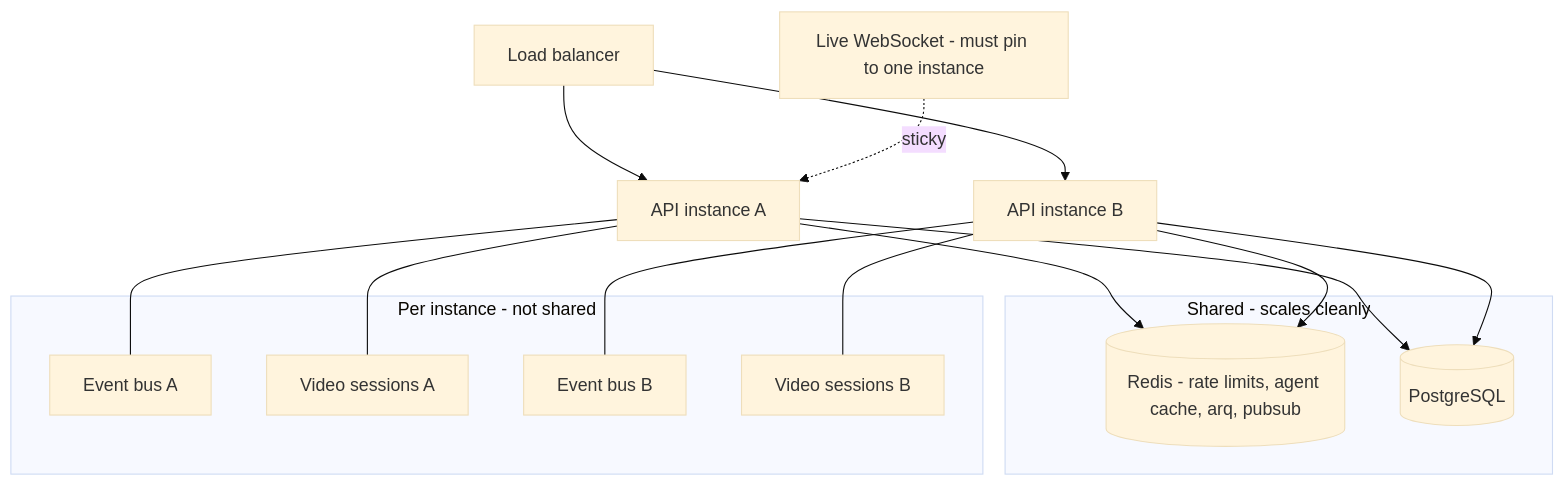
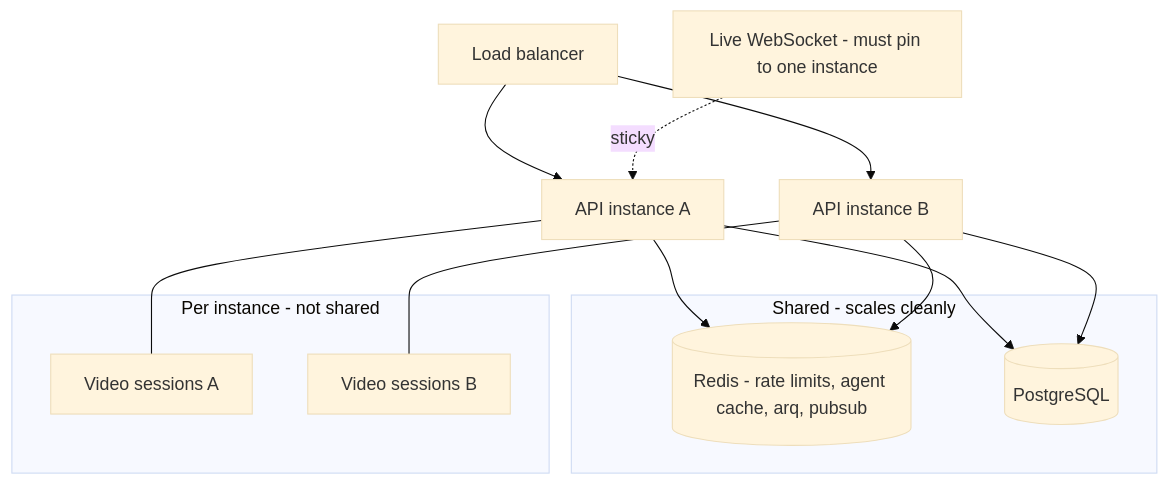
Before and after one commit to gondolerahul/hire-buddha-app: diagram 20 of 20 in docs/current/13-gateway-and-realtime.md, drawn with Mermaid (base theme). The commit also changed other lines of this file and 15 other files, not shown here.

````diff
--- a/docs/current/13-gateway-and-realtime.md
+++ b/docs/current/13-gateway-and-realtime.md
@@ -1399,28 +1289,24 @@
 ```mermaid
 graph TB
     LB["Load balancer"] --> G1["API instance A"]
     LB --> G2["API instance B"]
 
     subgraph SharedOK["Shared - scales cleanly"]
         RD[("Redis - rate limits, agent cache, arq, pubsub")]
         PG[("PostgreSQL")]
     end
 
     subgraph PerInstance["Per instance - not shared"]
-        B1["Event bus A"]
         V1["Video sessions A"]
-        B2["Event bus B"]
         V2["Video sessions B"]
     end
 
     G1 --> RD
     G2 --> RD
     G1 --> PG
     G2 --> PG
-    G1 --- B1
     G1 --- V1
-    G2 --- B2
     G2 --- V2
 
     WSC["Live WebSocket - must pin to one instance"] -.sticky.-> G1
 ```
````
